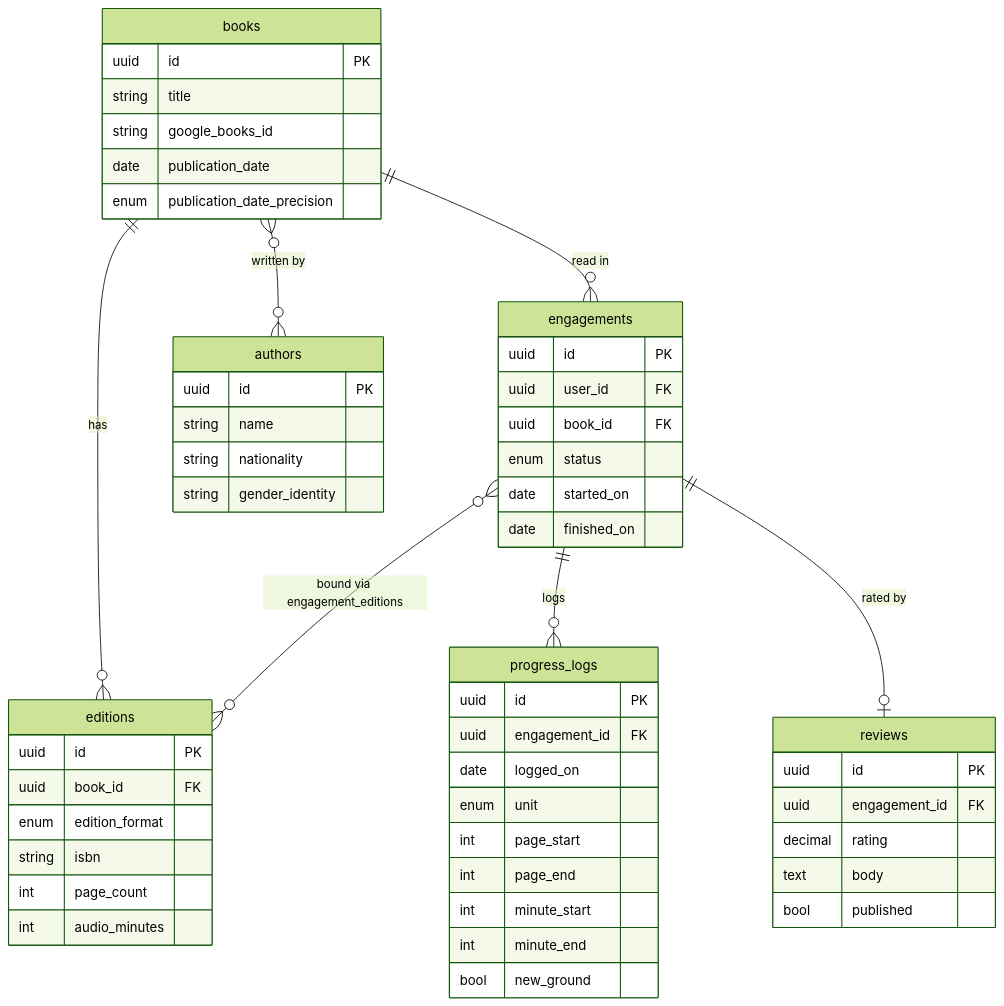
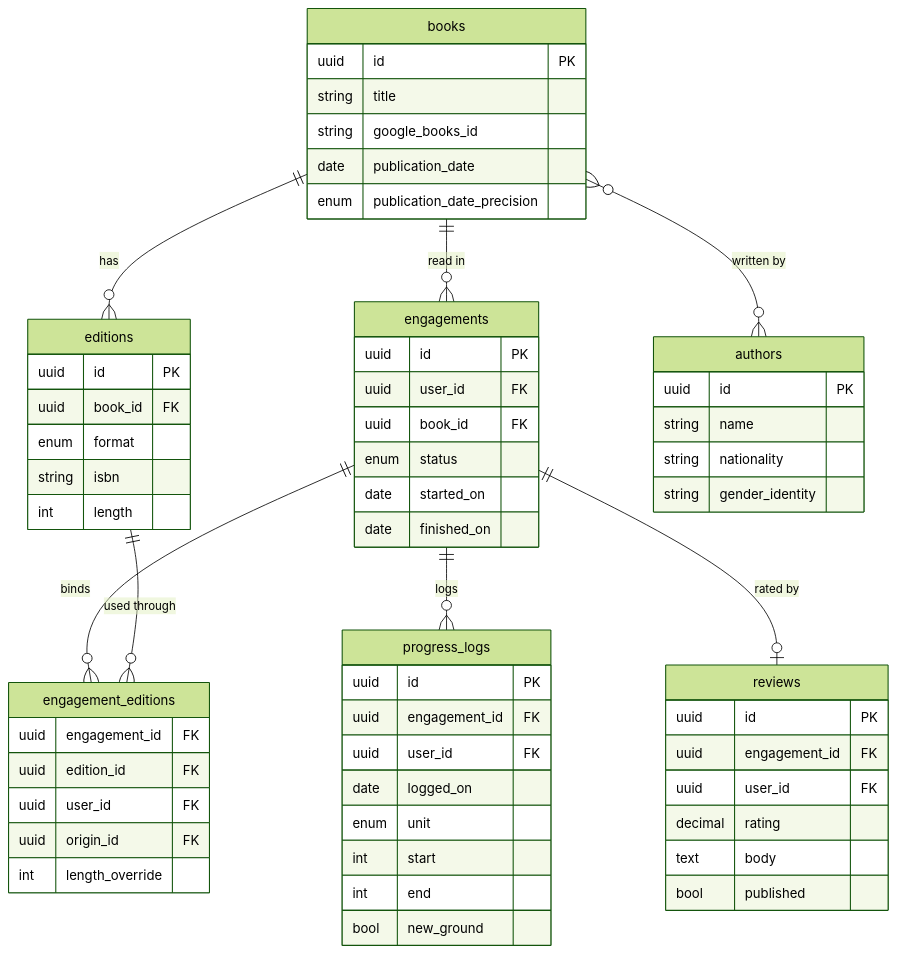
One commit to samanthablasbalg/rainbowsamreads changed the diagram in docs/architecture.md. Above: the diagram before and after it, drawn with Mermaid (forest theme). The commit also changed other lines of this file and 16 other files, not shown here.

````diff
--- a/docs/architecture.md
+++ b/docs/architecture.md
@@ -103,57 +102,64 @@
 ```mermaid
 erDiagram
     books ||--o{ engagements : "read in"
     books ||--o{ editions : has
     books }o--o{ authors : "written by"
-    engagements }o--o{ editions : "bound via engagement_editions"
+    engagements ||--o{ engagement_editions : binds
+    editions ||--o{ engagement_editions : "used through"
     engagements ||--o{ progress_logs : logs
     engagements ||--o| reviews : "rated by"
 
     books {
         uuid id PK
         string title
         string google_books_id
         date publication_date
         enum publication_date_precision
     }
     authors {
         uuid id PK
         string name
         string nationality
         string gender_identity
     }
     editions {
         uuid id PK
         uuid book_id FK
-        enum edition_format
+        enum format
         string isbn
-        int page_count
-        int audio_minutes
+        int length
+    }
+    engagement_editions {
+        uuid engagement_id FK
+        uuid edition_id FK
+        uuid user_id FK
+        uuid origin_id FK
+        int length_override
     }
     engagements {
         uuid id PK
         uuid user_id FK
         uuid book_id FK
         enum status
         date started_on
         date finished_on
     }
     progress_logs {
         uuid id PK
         uuid engagement_id FK
+        uuid user_id FK
         date logged_on
         enum unit
-        int page_start
-        int page_end
-        int minute_start
-        int minute_end
+        int start
+        int end
         bool new_ground
     }
     reviews {
         uuid id PK
         uuid engagement_id FK
+        uuid user_id FK
         decimal rating
         text body
         bool published
     }
 ```
````
